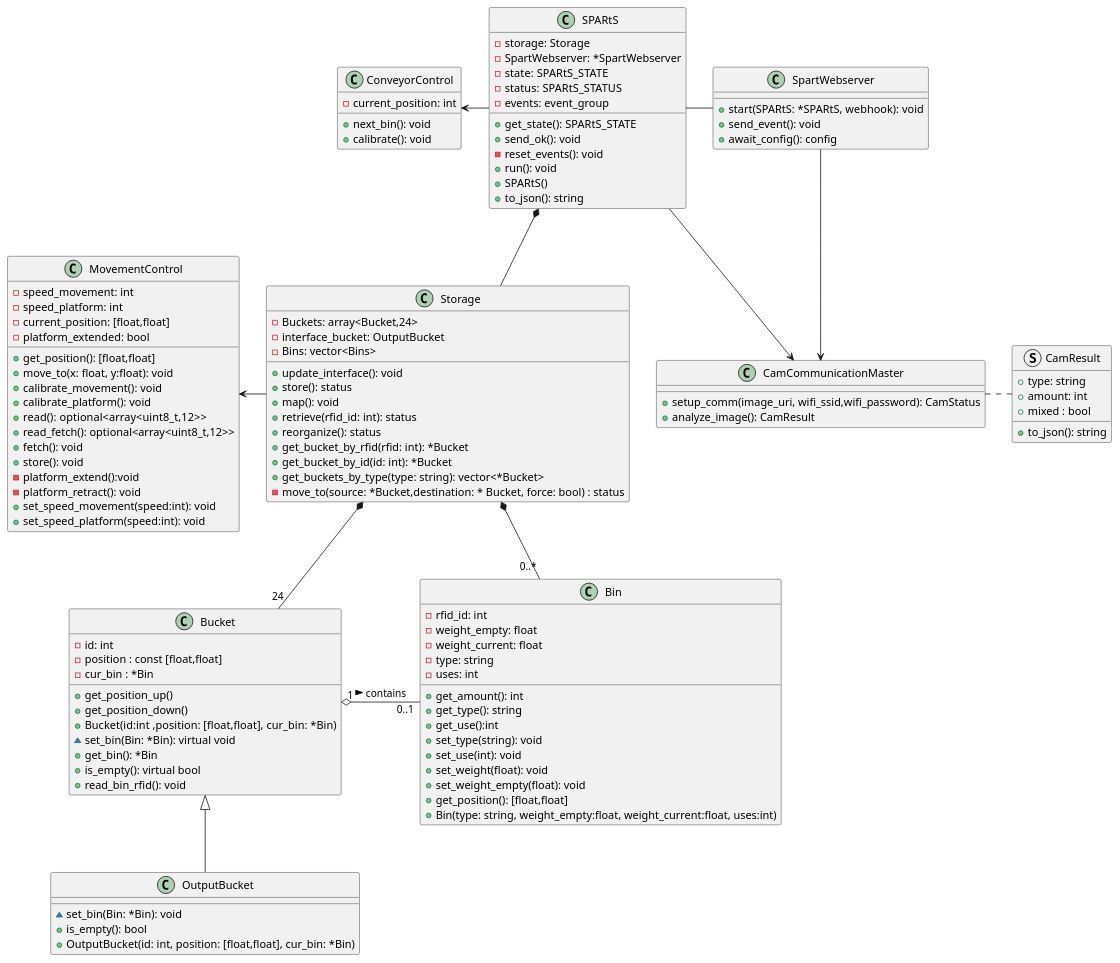
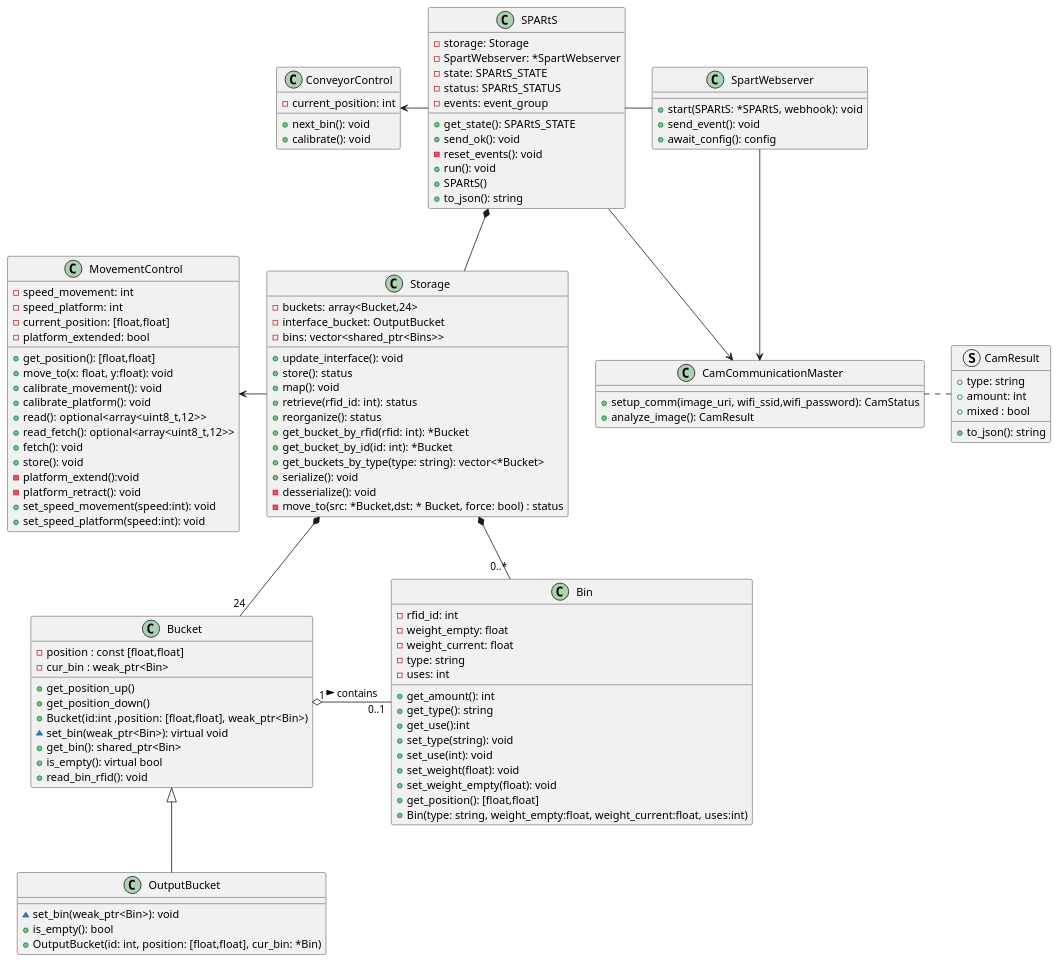
Before and after one commit to walger-lucas/SPARtS: the diagram in docs/Design/class/class.plantuml, drawn with PlantUML. The commit also changed 9 other files, not shown here.

Commit message:
adding diagrams

```diff
--- a/docs/Design/class/class.plantuml
+++ b/docs/Design/class/class.plantuml
@@ -1,131 +1,132 @@
 @startuml class_diagram
 
 class Bin {
     - rfid_id: int
     - weight_empty: float
     - weight_current: float
     - type: string
     - uses: int
     + get_amount(): int 
     + get_type(): string
     + get_use():int
     + set_type(string): void
     + set_use(int): void
     + set_weight(float): void
     + set_weight_empty(float): void
     + get_position(): [float,float]
     + Bin(type: string, weight_empty:float, weight_current:float, uses:int)
 }
 
 class Bucket {
-    - id: int
     - position : const [float,float]
-    - cur_bin : *Bin
+    - cur_bin : weak_ptr<Bin>
     + get_position_up()
     + get_position_down()
-    + Bucket(id:int ,position: [float,float],  cur_bin: *Bin)
-    ~ set_bin(Bin: *Bin): virtual void
-    + get_bin(): *Bin
+    + Bucket(id:int ,position: [float,float],  weak_ptr<Bin>)
+    ~ set_bin(weak_ptr<Bin>): virtual void
+    + get_bin(): shared_ptr<Bin>
     + is_empty(): virtual bool
     + read_bin_rfid(): void
 
 }
 
 class OutputBucket {
-    ~ set_bin(Bin: *Bin): void
+    ~ set_bin(weak_ptr<Bin>): void
     + is_empty(): bool
     + OutputBucket(id: int, position: [float,float], cur_bin: *Bin)
 }
 
 class Storage
 {
-    - Buckets: array<Bucket,24>
+    - buckets: array<Bucket,24>
     - interface_bucket: OutputBucket
-    - Bins: vector<Bins>
+    - bins: vector<shared_ptr<Bins>>
     + update_interface(): void
     + store(): status
     + map(): void
     + retrieve(rfid_id: int): status
     + reorganize(): status
     + get_bucket_by_rfid(rfid: int): *Bucket
     + get_bucket_by_id(id: int): *Bucket
     + get_buckets_by_type(type: string): vector<*Bucket>
-    - move_to(source: *Bucket,destination: * Bucket, force: bool) : status
+    + serialize(): void
+    - desserialize(): void
+    - move_to(src: *Bucket,dst: * Bucket, force: bool) : status
 }
 
 Bucket "1" o- "0..1" Bin : contains >
 Bucket <|-- OutputBucket
 
 Storage *-- "24" Bucket
 Storage *-- "0..*" Bin
 
 class SPARtS {
     - storage: Storage
     - SpartWebserver: *SpartWebserver
     - state: SPARtS_STATE
     - status: SPARtS_STATUS
     - events: event_group
     + get_state(): SPARtS_STATE
     + send_ok(): void
     - reset_events(): void
     + run(): void
     + SPARtS()
     + to_json(): string
 }
 
 SPARtS *-- Storage
 
 class SpartWebserver {
     + start(SPARtS: *SPARtS, webhook): void
     + send_event(): void
     + await_config(): config
 }
 SPARtS - SpartWebserver
 
 class CamCommunicationMaster {
     + setup_comm(image_uri, wifi_ssid,wifi_password): CamStatus
     + analyze_image(): CamResult
 }
 SPARtS --> CamCommunicationMaster
 SpartWebserver --> CamCommunicationMaster
 
 MovementControl <-r- Storage
 
 struct CamResult {
     + type: string
     + amount: int
     + mixed : bool
     + to_json(): string
 }
 CamCommunicationMaster . CamResult
 
 class ConveyorControl {
     - current_position: int
     + next_bin(): void
     + calibrate(): void
 }
 
 ConveyorControl <- SPARtS
 
 class MovementControl {
     - speed_movement: int
     - speed_platform: int
     - current_position: [float,float]
     - platform_extended: bool
     + get_position(): [float,float]
     + move_to(x: float, y:float): void
     + calibrate_movement(): void
     + calibrate_platform(): void
     + read():  optional<array<uint8_t,12>>
     + read_fetch(): optional<array<uint8_t,12>>
     + fetch(): void
     + store(): void
     - platform_extend():void 
     - platform_retract(): void
     + set_speed_movement(speed:int): void
     + set_speed_platform(speed:int): void
 
 }
 
 
 @enduml
```
